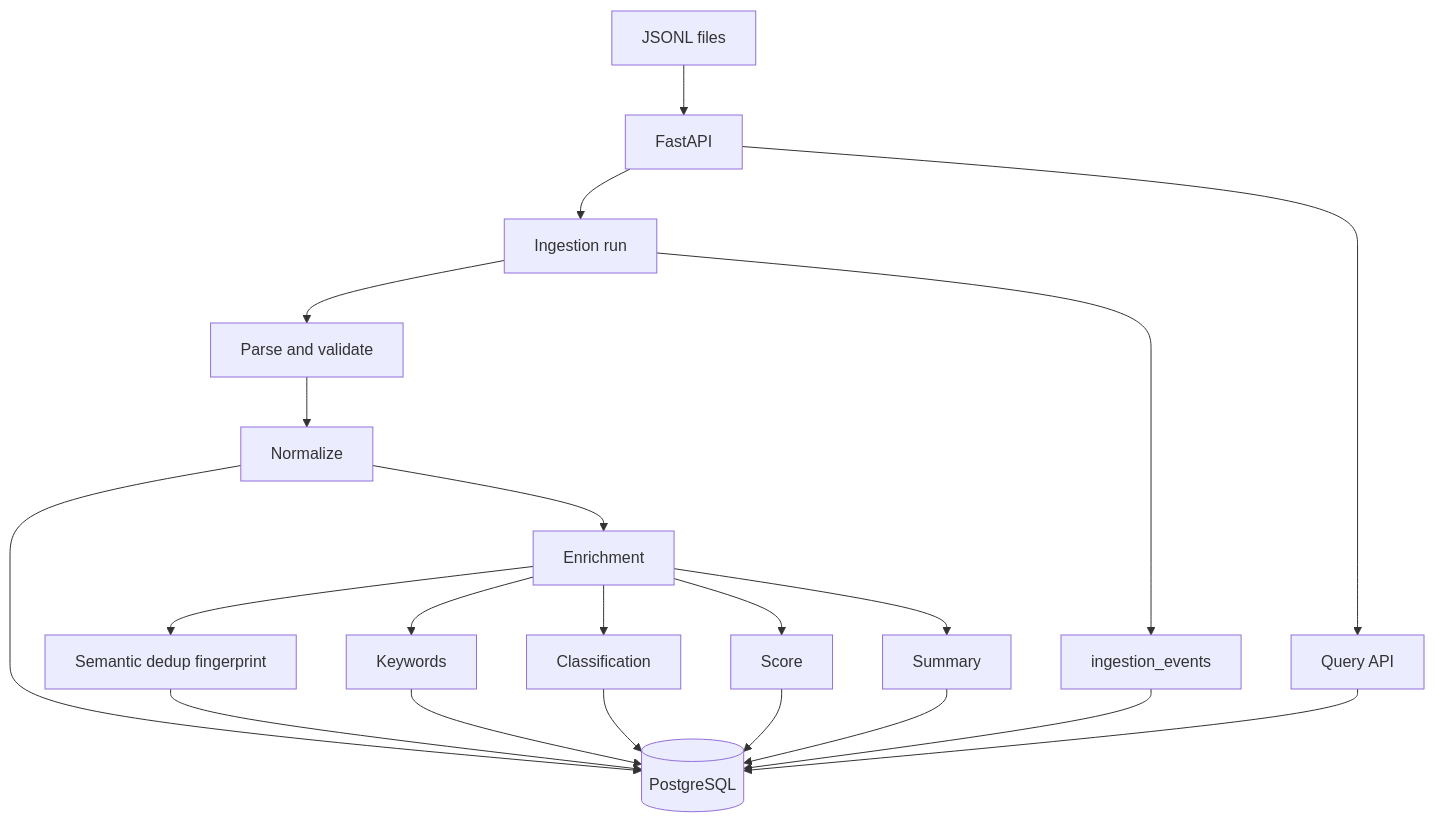
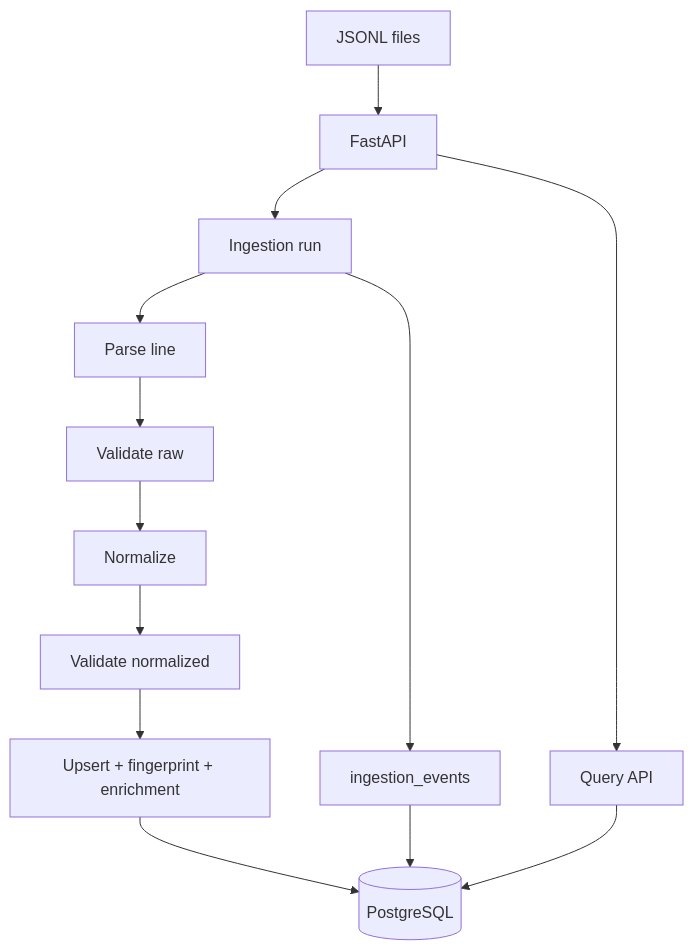
Before and after one commit to alexkos/test_documents: the second of 3 diagrams in README.md, drawn with Mermaid. The commit also changed other lines of this file and 21 other files, not shown here.

````diff
--- a/README.md
+++ b/README.md
@@ -25,23 +66,15 @@
 ```mermaid
 flowchart TD
     A[JSONL files] --> B[FastAPI]
     B --> C[Ingestion run]
-    C --> D[Parse and validate]
-    D --> E[Normalize]
-    E --> F[(PostgreSQL)]
-    E --> G[Enrichment]
-    G --> H[Semantic dedup fingerprint]
-    G --> I[Keywords]
-    G --> J[Classification]
-    G --> K[Score]
-    G --> L[Summary]
-    H --> F
-    I --> F
-    J --> F
-    K --> F
-    L --> F
+    C --> P[Parse line]
+    P --> VR[Validate raw]
+    VR --> N[Normalize]
+    N --> VN[Validate normalized]
+    VN --> U[Upsert + fingerprint + enrichment]
+    U --> F[(PostgreSQL)]
     C --> M[ingestion_events]
     M --> F
-    B --> N[Query API]
-    N --> F
+    B --> Q[Query API]
+    Q --> F
 ```
````
